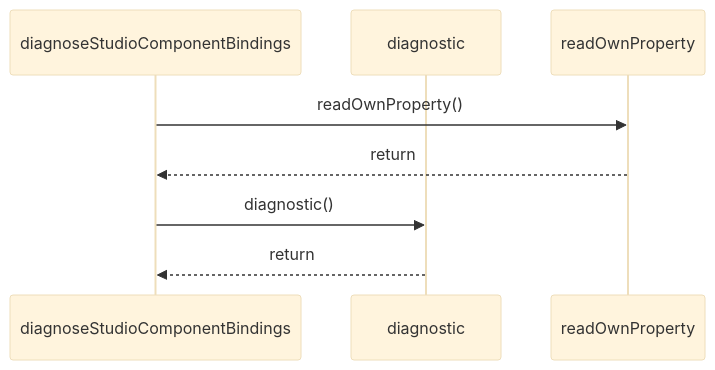
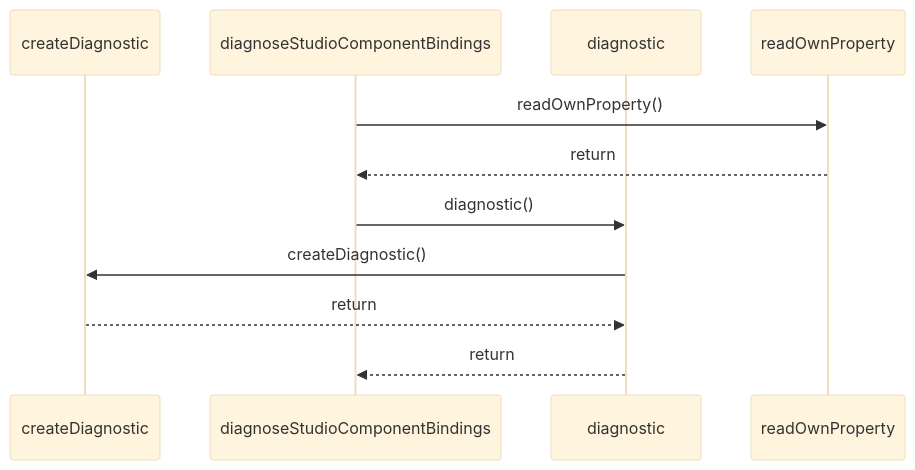
The diagram in paradox/diagrams/sequences/diagnose-studio-component-bindings.mmd (ankhorage/studio), drawn with Mermaid (base theme) before and after one commit. The commit also changed 57 other files, not shown here.

```diff
--- a/paradox/diagrams/sequences/diagnose-studio-component-bindings.mmd
+++ b/paradox/diagrams/sequences/diagnose-studio-component-bindings.mmd
@@ -1,8 +1,11 @@
 sequenceDiagram
+  participant participant_createDiagnostic as createDiagnostic
   participant participant_diagnoseStudioComponentBindings as diagnoseStudioComponentBindings
   participant participant_diagnostic as diagnostic
   participant participant_readOwnProperty as readOwnProperty
   participant_diagnoseStudioComponentBindings->>participant_readOwnProperty: readOwnProperty()
   participant_readOwnProperty-->>participant_diagnoseStudioComponentBindings: return
   participant_diagnoseStudioComponentBindings->>participant_diagnostic: diagnostic()
+  participant_diagnostic->>participant_createDiagnostic: createDiagnostic()
+  participant_createDiagnostic-->>participant_diagnostic: return
   participant_diagnostic-->>participant_diagnoseStudioComponentBindings: return
```
